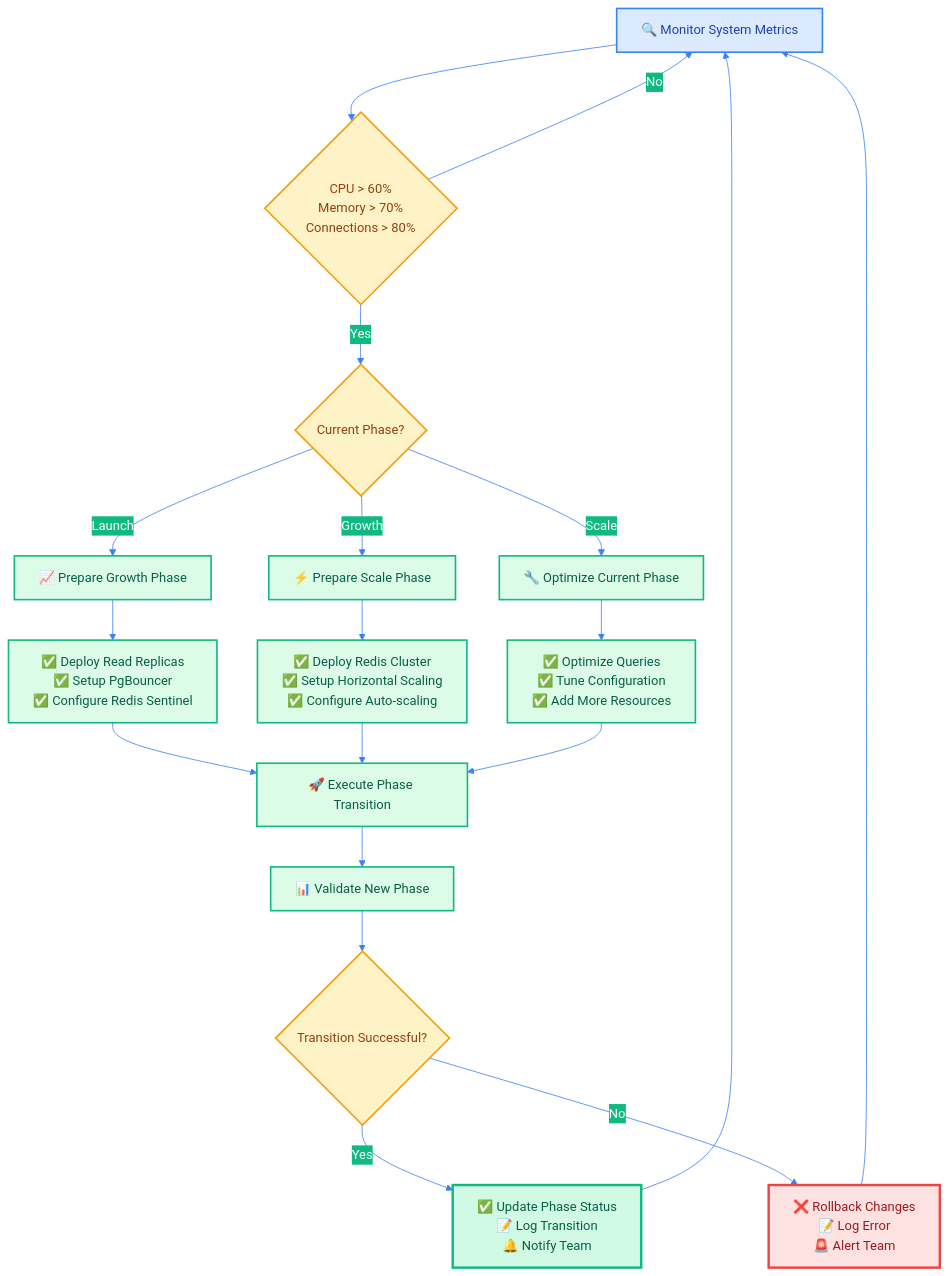
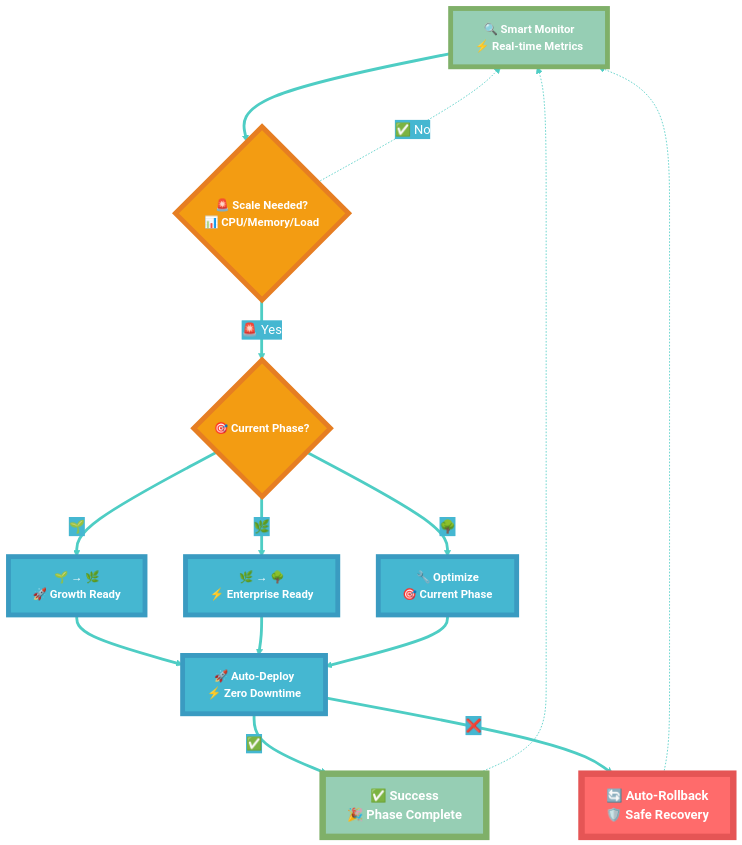
Before and after one commit to abdoElHodaky/transportapp: the second of 4 diagrams in docs/SCALING_ARCHITECTURE.md, drawn with Mermaid. The commit also changed other lines of this file and 2 other files, not shown here.

````diff
--- a/docs/SCALING_ARCHITECTURE.md
+++ b/docs/SCALING_ARCHITECTURE.md
@@ -110,55 +122,61 @@
 ```mermaid
 %%{init: {
   'theme': 'base',
   'themeVariables': {
-    'primaryColor': '#3b82f6',
+    'background': 'transparent',
+    'primaryColor': '#FF6B6B',
     'primaryTextColor': '#ffffff',
-    'primaryBorderColor': '#2563eb',
-    'lineColor': '#3b82f6',
-    'secondaryColor': '#10b981',
-    'tertiaryColor': '#f59e0b',
-    'background': '#ffffff',
-    'mainBkg': '#3b82f6',
-    'secondBkg': '#10b981',
-    'tertiaryBkg': '#f59e0b'
+    'primaryBorderColor': '#E55555',
+    'lineColor': '#4ECDC4',
+    'secondaryColor': '#45B7D1',
+    'tertiaryColor': '#96CEB4'
   }
 }}%%
 flowchart TD
-    A["🔍 Monitor System Metrics"] --> B{"CPU > 60%<br/>Memory > 70%<br/>Connections > 80%"}
+    MONITOR["🔍 Smart Monitor<br/>⚡ Real-time Metrics"]
     
-    B -->|Yes| C{"Current Phase?"}
-    B -->|No| A
+    THRESHOLD{"🚨 Scale Needed?<br/>📊 CPU/Memory/Load"}
     
-    C -->|Launch| D["📈 Prepare Growth Phase"]
-    C -->|Growth| E["⚡ Prepare Scale Phase"]
-    C -->|Scale| F["🔧 Optimize Current Phase"]
+    PHASE{"🎯 Current Phase?"}
     
-    D --> D1["✅ Deploy Read Replicas<br/>✅ Setup PgBouncer<br/>✅ Configure Redis Sentinel"]
-    E --> E1["✅ Deploy Redis Cluster<br/>✅ Setup Horizontal Scaling<br/>✅ Configure Auto-scaling"]
-    F --> F1["✅ Optimize Queries<br/>✅ Tune Configuration<br/>✅ Add More Resources"]
+    LAUNCH_PREP["🌱 → 🌿<br/>🚀 Growth Ready"]
+    GROWTH_PREP["🌿 → 🌳<br/>⚡ Enterprise Ready"]
+    OPTIMIZE["🔧 Optimize<br/>🎯 Current Phase"]
     
-    D1 --> G["🚀 Execute Phase Transition"]
-    E1 --> G
-    F1 --> G
+    EXECUTE["🚀 Auto-Deploy<br/>⚡ Zero Downtime"]
     
-    G --> H["📊 Validate New Phase"]
-    H --> I{"Transition Successful?"}
+    SUCCESS["✅ Success<br/>🎉 Phase Complete"]
+    ROLLBACK["🔄 Auto-Rollback<br/>🛡️ Safe Recovery"]
     
-    I -->|Yes| J["✅ Update Phase Status<br/>📝 Log Transition<br/>🔔 Notify Team"]
-    I -->|No| K["❌ Rollback Changes<br/>📝 Log Error<br/>🚨 Alert Team"]
+    %% Eye-catching flow
+    MONITOR ==> THRESHOLD
+    THRESHOLD ==>|"🚨 Yes"| PHASE
+    THRESHOLD -.->|"✅ No"| MONITOR
     
-    J --> A
-    K --> A
+    PHASE ==>|"🌱"| LAUNCH_PREP
+    PHASE ==>|"🌿"| GROWTH_PREP
+    PHASE ==>|"🌳"| OPTIMIZE
     
-    classDef monitor fill:#dbeafe,stroke:#3b82f6,stroke-width:2px,color:#1e40af
-    classDef decision fill:#fef3c7,stroke:#f59e0b,stroke-width:2px,color:#92400e
-    classDef action fill:#dcfce7,stroke:#10b981,stroke-width:2px,color:#065f46
-    classDef success fill:#d1fae5,stroke:#10b981,stroke-width:3px,color:#065f46
-    classDef error fill:#fee2e2,stroke:#ef4444,stroke-width:3px,color:#991b1b
+    LAUNCH_PREP ==> EXECUTE
+    GROWTH_PREP ==> EXECUTE
+    OPTIMIZE ==> EXECUTE
     
-    class A monitor
-    class B,C,I decision
-    class D,E,F,D1,E1,F1,G,H action
-    class J success
-    class K error
+    EXECUTE ==>|"✅"| SUCCESS
+    EXECUTE ==>|"❌"| ROLLBACK
+    
+    SUCCESS -.-> MONITOR
+    ROLLBACK -.-> MONITOR
+    
+    %% Distinguished Eye-catching Styling
+    classDef monitor fill:#96CEB4,stroke:#7FB069,stroke-width:6px,color:#ffffff,font-weight:bold,font-size:14px
+    classDef decision fill:#F39C12,stroke:#E67E22,stroke-width:6px,color:#ffffff,font-weight:bold,font-size:14px
+    classDef action fill:#45B7D1,stroke:#3A9BC1,stroke-width:6px,color:#ffffff,font-weight:bold,font-size:14px
+    classDef success fill:#96CEB4,stroke:#7FB069,stroke-width:8px,color:#ffffff,font-weight:bold,font-size:16px
+    classDef error fill:#FF6B6B,stroke:#E55555,stroke-width:8px,color:#ffffff,font-weight:bold,font-size:16px
+    
+    class MONITOR monitor
+    class THRESHOLD,PHASE decision
+    class LAUNCH_PREP,GROWTH_PREP,OPTIMIZE,EXECUTE action
+    class SUCCESS success
+    class ROLLBACK error
 ```
````
